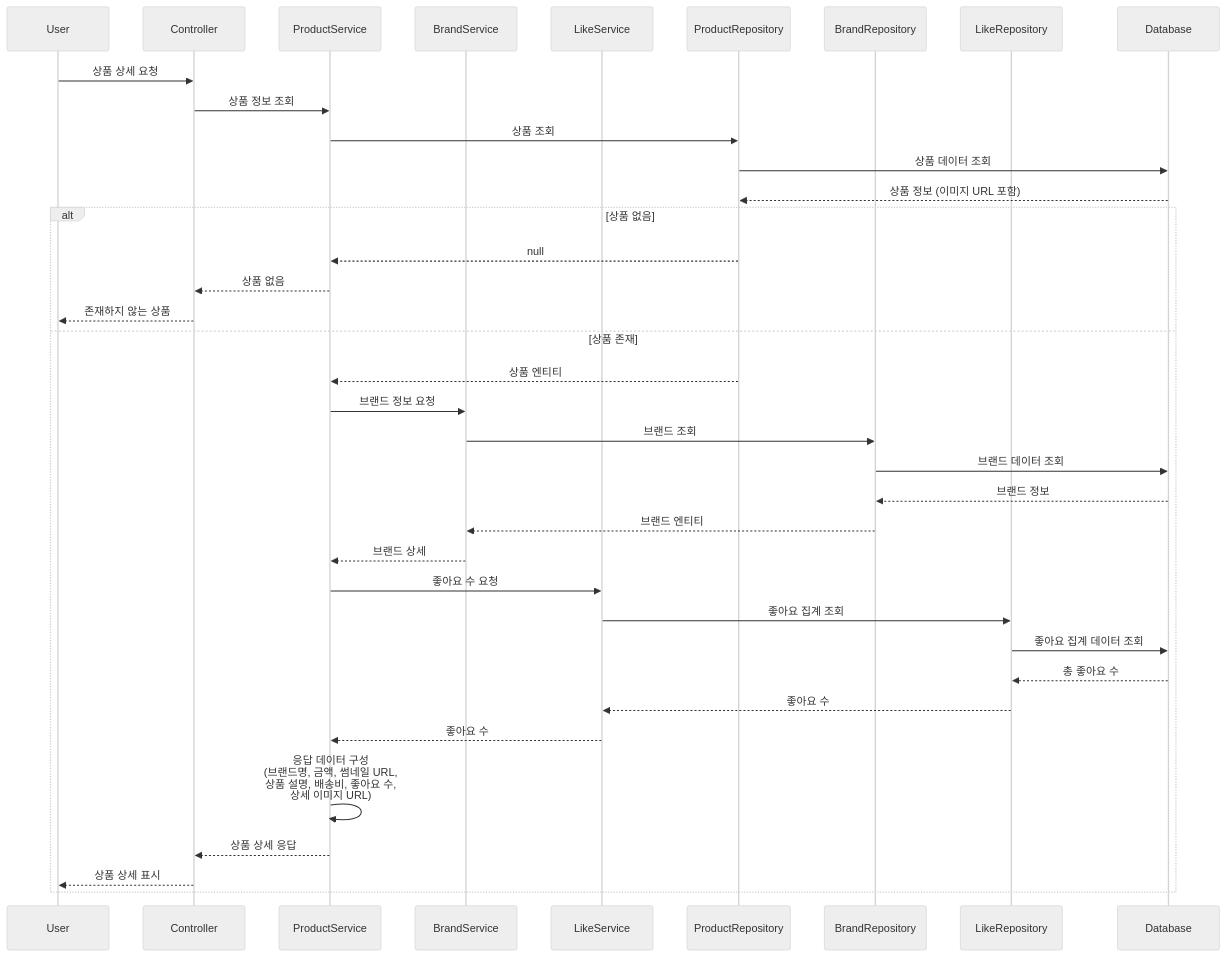
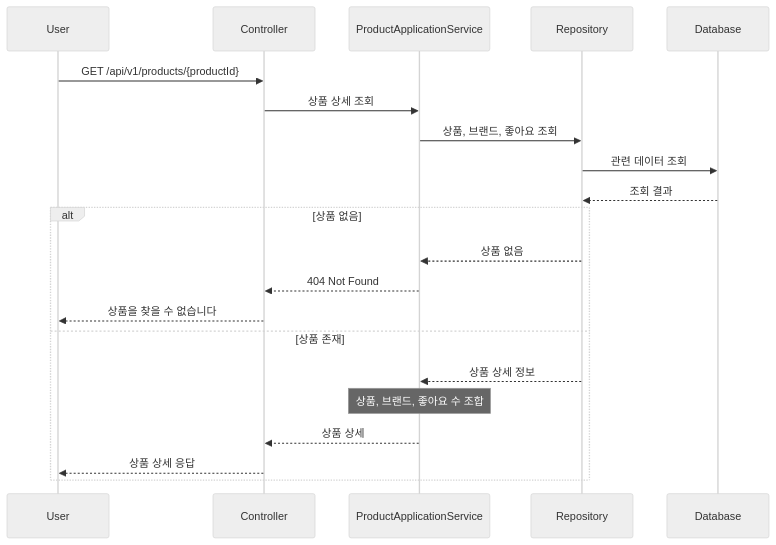
One commit to h2jinee/loopers changed the fourth of 10 diagrams in docs/design/02-sequence-diagrams.md. Above: the diagram before and after it, drawn with Mermaid (neutral theme). The commit also changed other lines of this file and 3 other files, not shown here.

````diff
--- a/docs/design/02-sequence-diagrams.md
+++ b/docs/design/02-sequence-diagrams.md
@@ -116,46 +83,26 @@
 ```mermaid
 sequenceDiagram
     participant U as User
     participant C as Controller
-    participant PS as ProductService
-    participant BS as BrandService
-    participant LS as LikeService
-    participant PR as ProductRepository
-    participant BR as BrandRepository
-    participant LR as LikeRepository
+    participant AS as ProductApplicationService
+    participant Repo as Repository
     participant DB as Database
 
-    U->>C: 상품 상세 요청
-    C->>PS: 상품 정보 조회
+    U->>C: GET /api/v1/products/{productId}
+    C->>AS: 상품 상세 조회
     
-    PS->>PR: 상품 조회
-    PR->>DB: 상품 데이터 조회
-    DB-->>PR: 상품 정보 (이미지 URL 포함)
+    AS->>Repo: 상품, 브랜드, 좋아요 조회
+    Repo->>DB: 관련 데이터 조회
+    DB-->>Repo: 조회 결과
     
     alt 상품 없음
-        PR-->>PS: null
-        PS-->>C: 상품 없음
-        C-->>U: 존재하지 않는 상품
+        Repo-->>AS: 상품 없음
+        AS-->>C: 404 Not Found
+        C-->>U: 상품을 찾을 수 없습니다
     else 상품 존재
-        PR-->>PS: 상품 엔티티
-        
-        PS->>BS: 브랜드 정보 요청
-        BS->>BR: 브랜드 조회
-        BR->>DB: 브랜드 데이터 조회
-        DB-->>BR: 브랜드 정보
-        BR-->>BS: 브랜드 엔티티
-        BS-->>PS: 브랜드 상세
-        
-        PS->>LS: 좋아요 수 요청
-        LS->>LR: 좋아요 집계 조회
-        LR->>DB: 좋아요 집계 데이터 조회
-        DB-->>LR: 총 좋아요 수
-        LR-->>LS: 좋아요 수
-        LS-->>PS: 좋아요 수
-        
-        PS->>PS: 응답 데이터 구성<br/>(브랜드명, 금액, 썸네일 URL,<br/>상품 설명, 배송비, 좋아요 수,<br/>상세 이미지 URL)
-        
-        PS-->>C: 상품 상세 응답
-        C-->>U: 상품 상세 표시
+        Repo-->>AS: 상품 상세 정보
+        Note over AS: 상품, 브랜드, 좋아요 수 조합
+        AS-->>C: 상품 상세
+        C-->>U: 상품 상세 응답
     end
 ```
````
